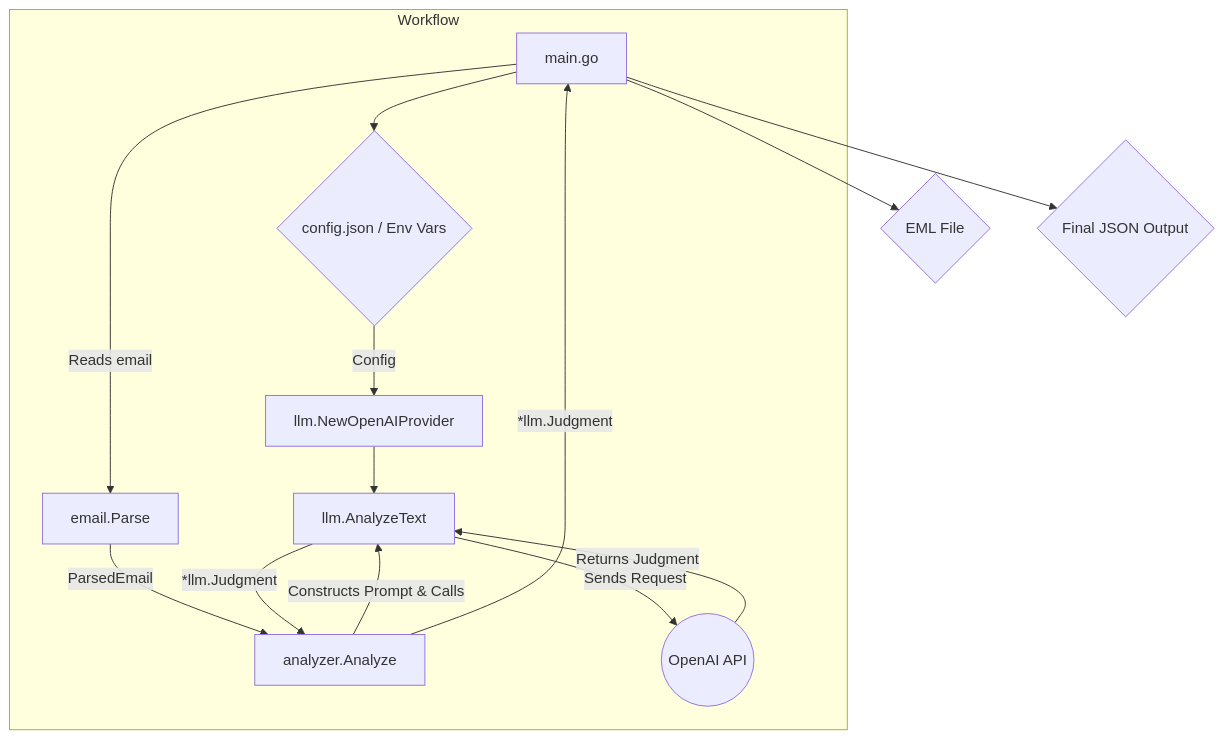
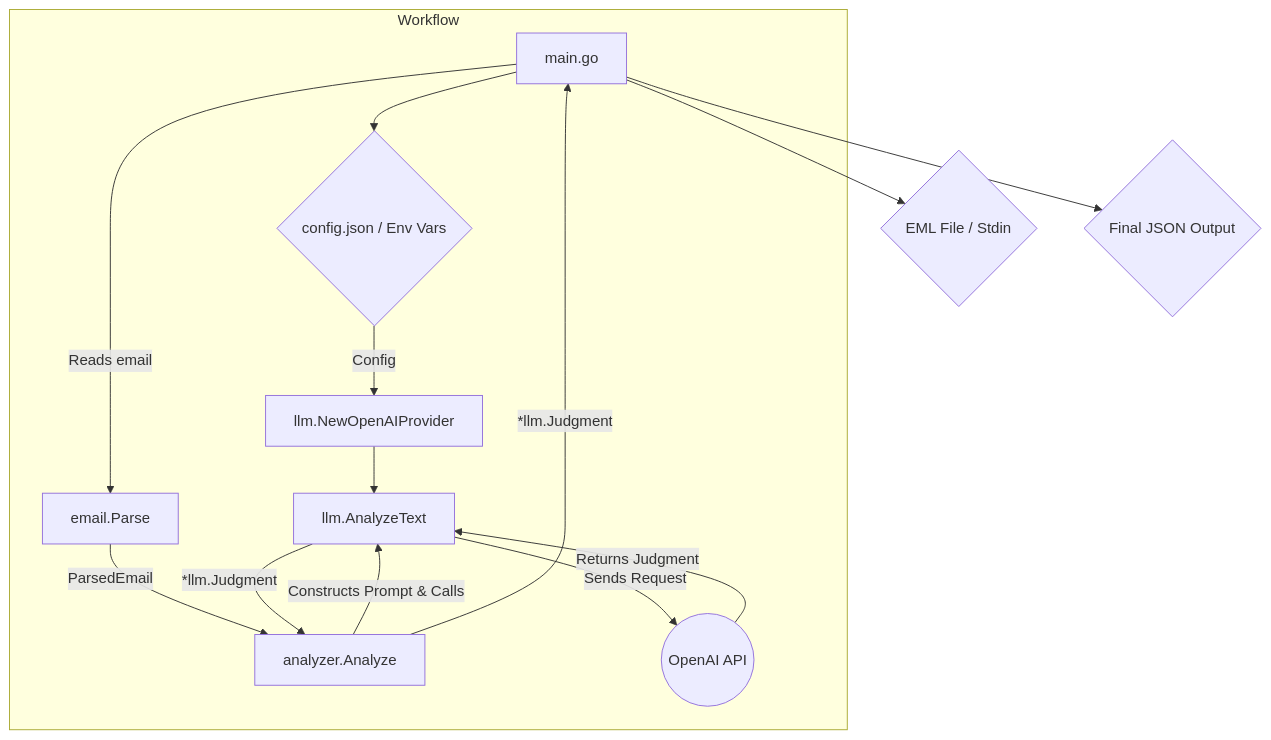
Before and after one commit to magifd2/mail-analyzer: the diagram in DEVELOPMENT.md, drawn with Mermaid. The commit also changed other lines of this file and 3 other files, not shown here.

````diff
--- a/DEVELOPMENT.md
+++ b/DEVELOPMENT.md
@@ -25,19 +25,19 @@
 ```mermaid
 graph TD
-    A[main.go] --> B{EML File}
+    A[main.go] --> B{EML File / Stdin}
     A --> C{config.json / Env Vars}
 
     subgraph Workflow
         A -- Reads email --> D[email.Parse]
         D -- ParsedEmail --> E[analyzer.Analyze]
         C -- Config --> F[llm.NewOpenAIProvider]
         E -- Constructs Prompt & Calls --> G[llm.AnalyzeText]
         F --> G
         G -- Sends Request --> H((OpenAI API))
         H -- Returns Judgment --> G
         G -- *llm.Judgment --> E
         E -- *llm.Judgment --> A
     end
 
     A --> I{Final JSON Output}
 ```
````
